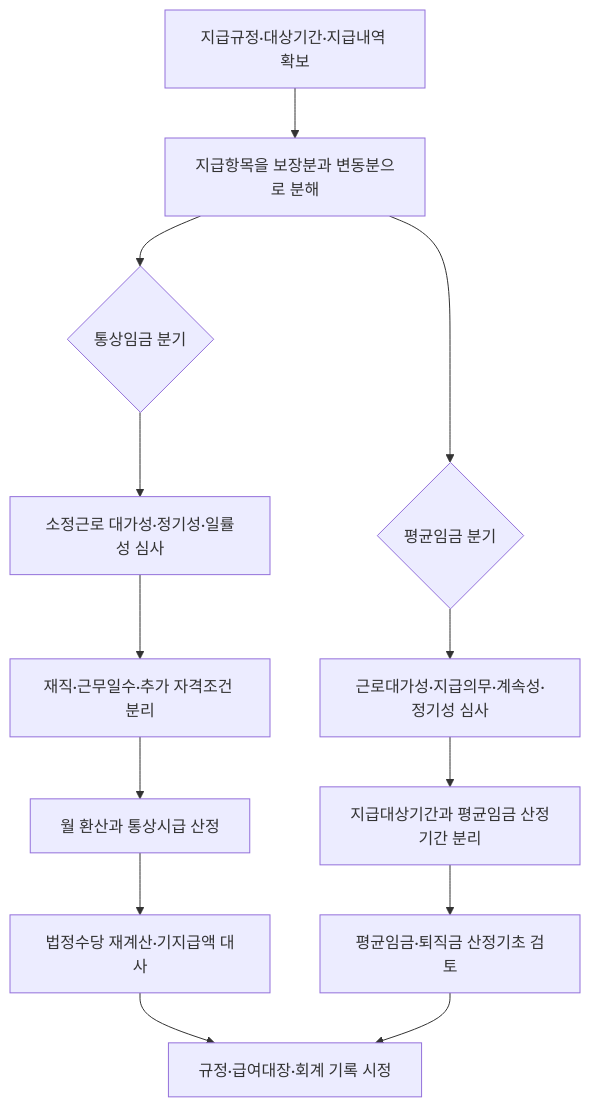
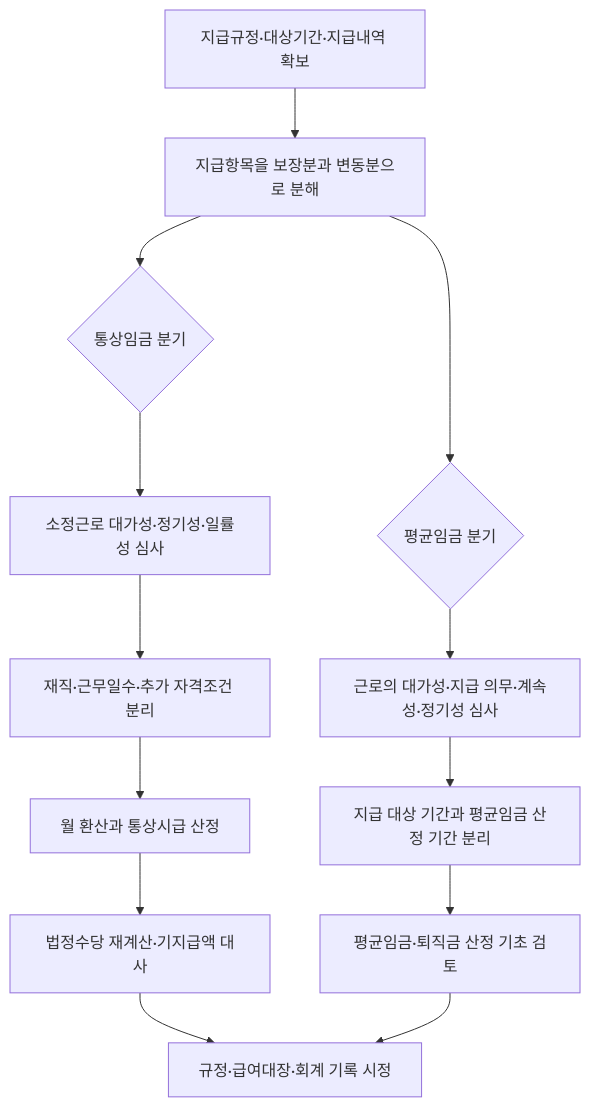
Before and after one commit to YgHnSIM/Wage_Wiki: the diagram in wiki/guides/상여금·성과급의 통상임금·평균임금 및 법정수당 재산정 가이드.md, drawn with Mermaid. The commit also changed other lines of this file and 166 other files, not shown here.

````diff
--- a/wiki/guides/상여금·성과급의 통상임금·평균임금 및 법정수당 재산정 가이드.md
+++ b/wiki/guides/상여금·성과급의 통상임금·평균임금 및 법정수당 재산정 가이드.md
@@ -259,15 +259,15 @@
 ```mermaid
 flowchart TD
   A[지급규정·대상기간·지급내역 확보] --> B[지급항목을 보장분과 변동분으로 분해]
   B --> C{통상임금 분기}
   B --> D{평균임금 분기}
   C --> E[소정근로 대가성·정기성·일률성 심사]
   E --> F[재직·근무일수·추가 자격조건 분리]
   F --> G[월 환산과 통상시급 산정]
   G --> H[법정수당 재계산·기지급액 대사]
-  D --> I[근로대가성·지급의무·계속성·정기성 심사]
-  I --> J[지급대상기간과 평균임금 산정기간 분리]
-  J --> K[평균임금·퇴직금 산정기초 검토]
+  D --> I[근로의 대가성·지급 의무·계속성·정기성 심사]
+  I --> J[지급 대상 기간과 평균임금 산정 기간 분리]
+  J --> K[평균임금·퇴직금 산정 기초 검토]
   H --> L[규정·급여대장·회계 기록 시정]
   K --> L
 ```
````
